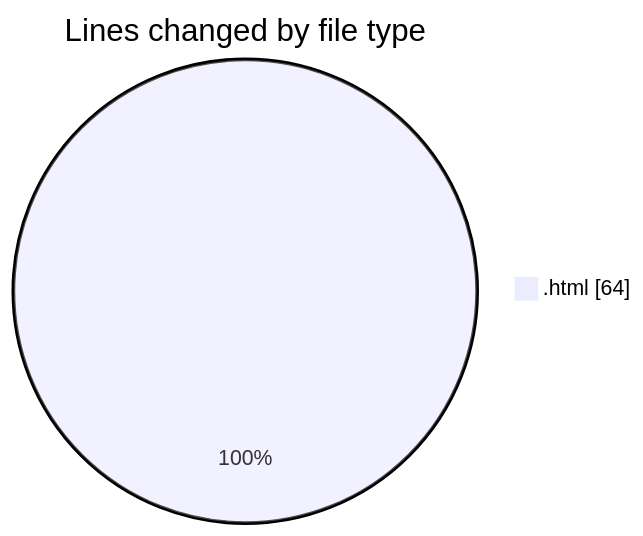
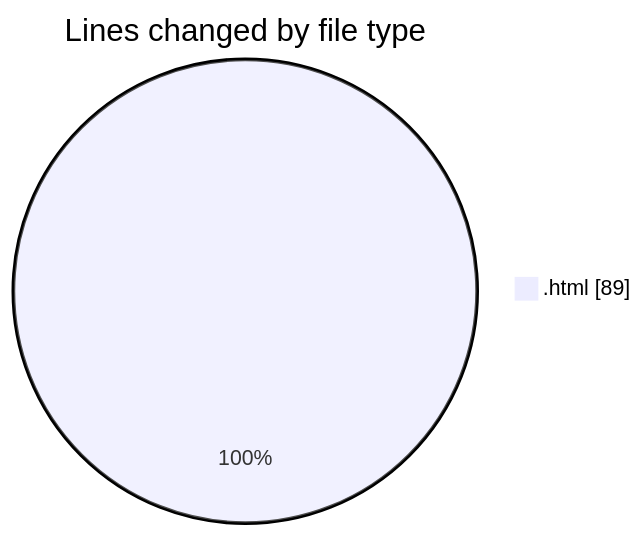
The first of 2 diagrams in 2026-08-20/lab2/README.md (Unknowalive/code-tracking), drawn with Mermaid before and after one commit. The commit also changed other lines of this file and 1 other file, not shown here.

````diff
--- a/2026-08-20/lab2/README.md
+++ b/2026-08-20/lab2/README.md
@@ -22,5 +24,5 @@
 ```mermaid
 pie showData
 title Lines changed by file type
-".html" : 64
+".html" : 89
 ```
````
